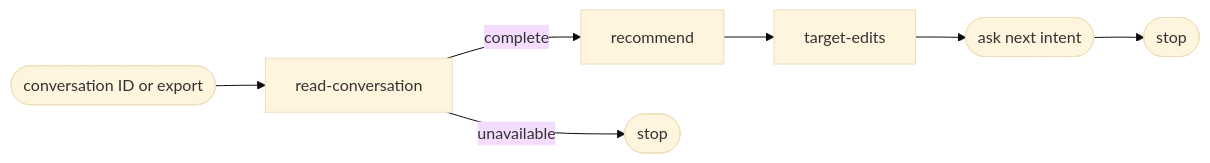
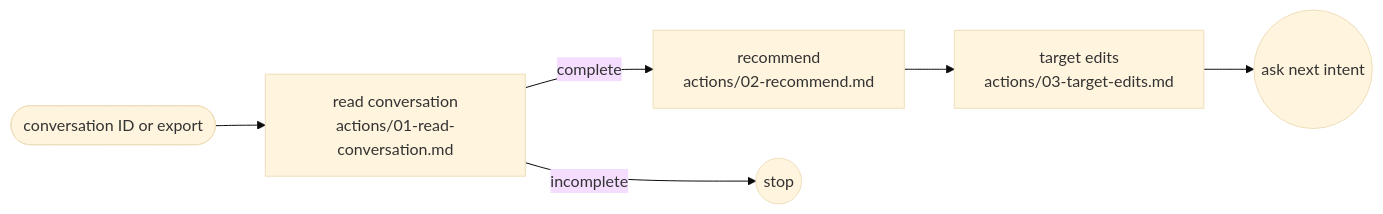
One commit to ai-driven-dev/framework changed the diagram in plugins/aidd-refine/skills/05-review-conversation/SKILL.md. Above: the diagram before and after it, drawn with Mermaid (base theme). The commit also changed other lines of this file and 3 other files, not shown here.

````diff
--- a/plugins/aidd-refine/skills/05-review-conversation/SKILL.md
+++ b/plugins/aidd-refine/skills/05-review-conversation/SKILL.md
@@ -8,7 +10,8 @@
 ```mermaid
 flowchart LR
-  start([conversation ID or export]) --> read-conversation
-  read-conversation -->|complete| recommend --> target-edits
-  read-conversation -->|unavailable| unavailable([stop])
-  target-edits --> question([ask next intent]) --> stop([stop])
+  start([conversation ID or export]) --> read["read conversation<br>actions/01-read-conversation.md"]
+  read -->|complete| recommend["recommend<br>actions/02-recommend.md"]
+  read -->|incomplete| unavailable((stop))
+  recommend --> render["target edits<br>actions/03-target-edits.md"]
+  render --> question((ask next intent))
 ```
````
